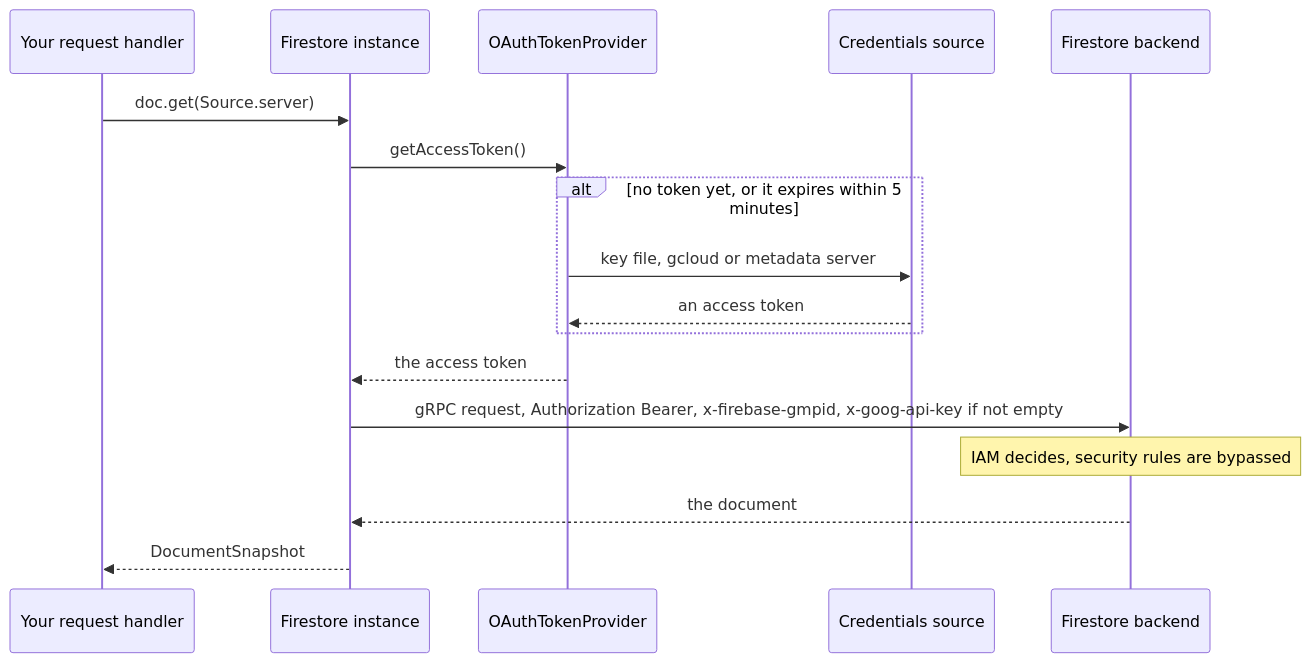
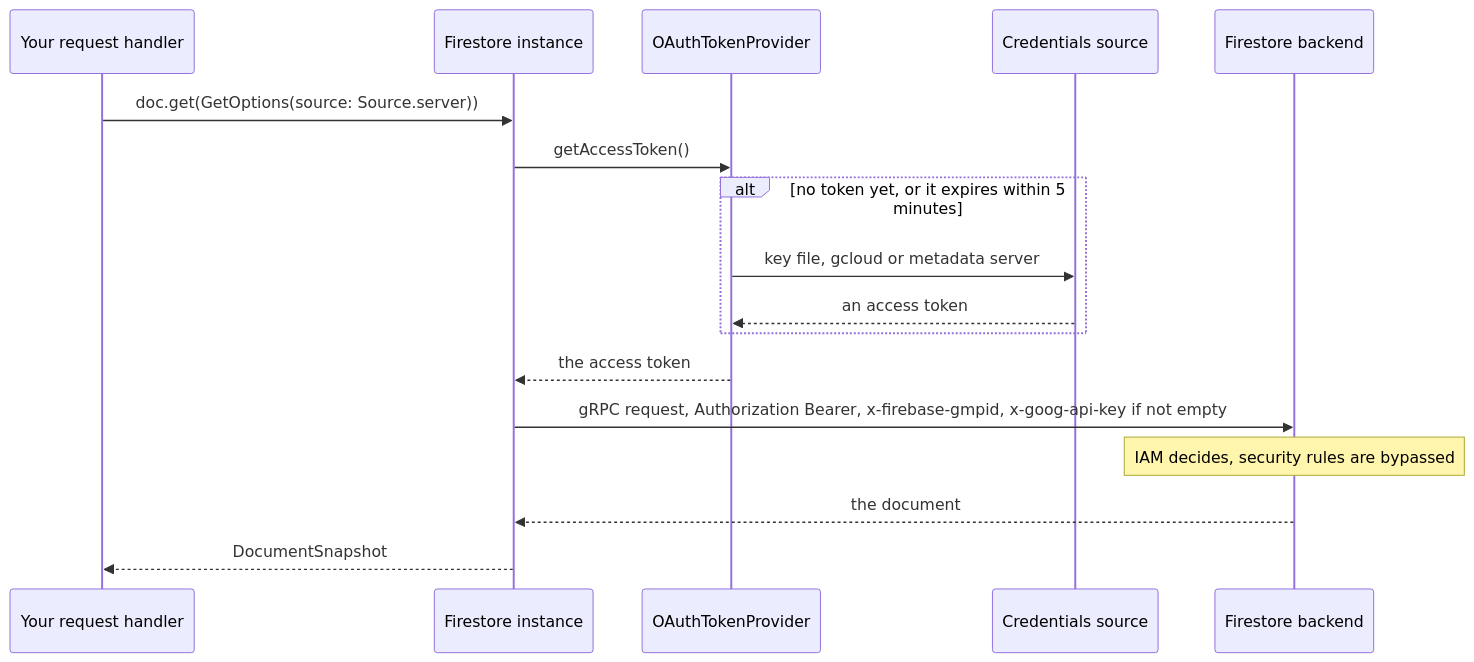
The second of 2 diagrams in docs/guides/server.md (long1eu/firebase_dart_sdk), drawn with Mermaid before and after one commit. The commit also changed 27 other files, not shown here.

First line of the commit message:
Bring main's new diagrams, pictures and the FlutterFire bridge to the 0.2 names

````diff
--- a/docs/guides/server.md
+++ b/docs/guides/server.md
@@ -166,21 +166,21 @@
 ```mermaid
 sequenceDiagram
   accTitle: The path of a request in a server process
   accDescr: A request handler calls get with Source.server on the Firestore instance. The instance asks the OAuthTokenProvider for a token. Only when there is none yet or it expires within five minutes does the provider get a new access token from the key file, gcloud or the metadata server. The instance sends the request over gRPC with the Authorization Bearer header, x-firebase-gmpid and x-goog-api-key when the API key is not empty. The backend checks IAM, the security rules are bypassed, and the snapshot returns to the handler.
   participant handler as Your request handler
   participant fs as Firestore instance
   participant prov as OAuthTokenProvider
   participant source as Credentials source
   participant be as Firestore backend
-  handler->>fs: doc.get(Source.server)
+  handler->>fs: doc.get(GetOptions(source: Source.server))
   fs->>prov: getAccessToken()
   alt no token yet, or it expires within 5 minutes
     prov->>source: key file, gcloud or metadata server
     source-->>prov: an access token
   end
   prov-->>fs: the access token
   fs->>be: gRPC request, Authorization Bearer, x-firebase-gmpid, x-goog-api-key if not empty
   Note over be: IAM decides, security rules are bypassed
   be-->>fs: the document
   fs-->>handler: DocumentSnapshot
 ```
````
